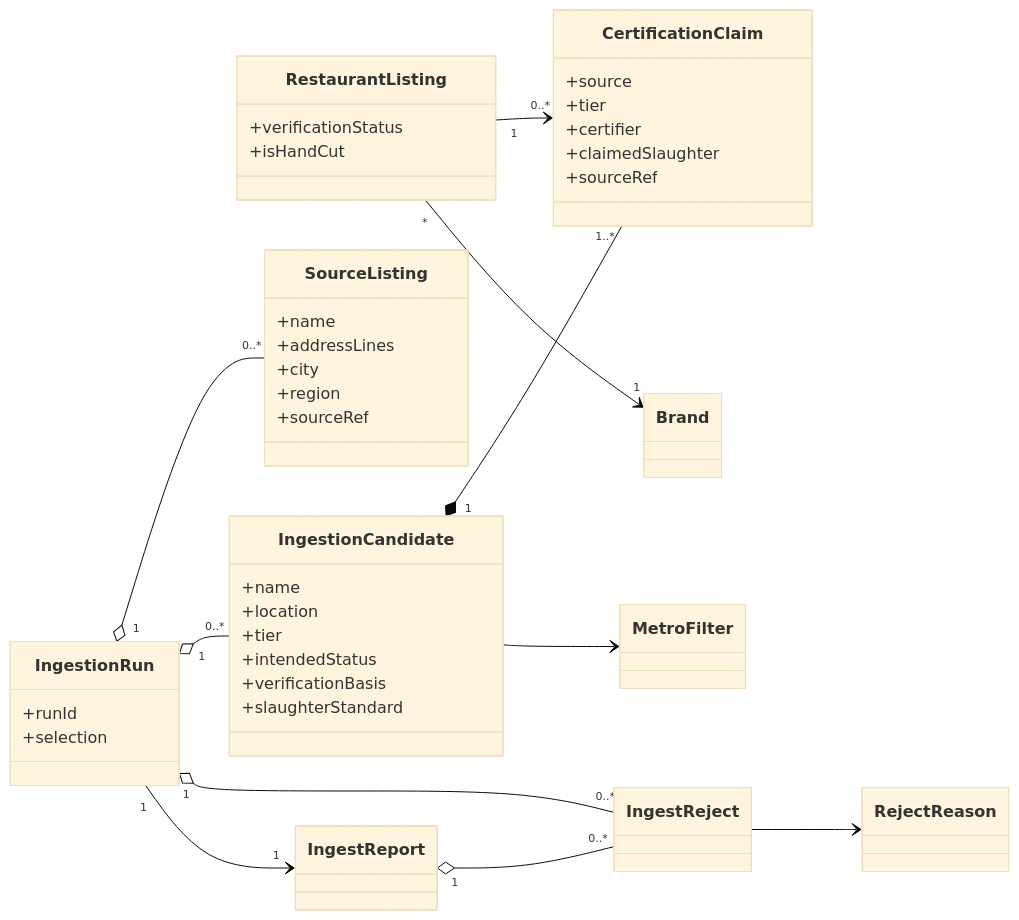
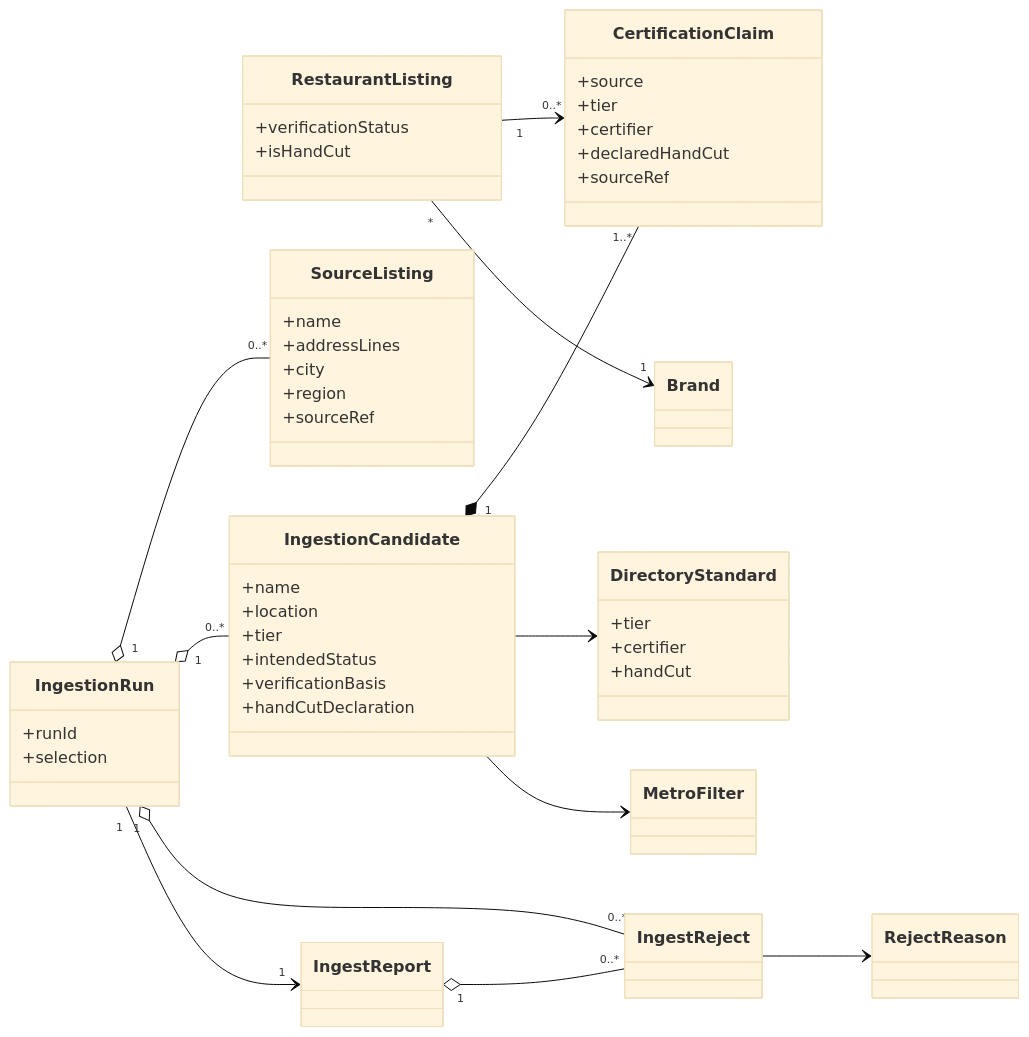
Before and after one commit to Losers-Lab/tahirs-list: the diagram in docs/features/SC-211/01-domain-model.md, drawn with Mermaid (base theme). The commit also changed other lines of this file and 16 other files, not shown here.

````diff
--- a/docs/features/SC-211/01-domain-model.md
+++ b/docs/features/SC-211/01-domain-model.md
@@ -7,48 +7,54 @@
 ```mermaid
 classDiagram
   direction LR
   class RestaurantListing {
     +verificationStatus
     +isHandCut
   }
   class CertificationClaim {
     +source
     +tier
     +certifier
-    +claimedSlaughter
+    +declaredHandCut
     +sourceRef
   }
   class IngestionRun {
     +runId
     +selection
   }
   class IngestionCandidate {
     +name
     +location
     +tier
     +intendedStatus
     +verificationBasis
-    +slaughterStandard
+    +handCutDeclaration
   }
   class SourceListing {
     +name
     +addressLines
     +city
     +region
     +sourceRef
+  }
+  class DirectoryStandard {
+    +tier
+    +certifier
+    +handCut
   }
   class IngestReject
   class IngestReport
   class MetroFilter
 
   IngestionRun "1" o-- "0..*" SourceListing
   IngestionRun "1" o-- "0..*" IngestionCandidate
   IngestionRun "1" o-- "0..*" IngestReject
   IngestionRun "1" --> "1" IngestReport
   IngestionCandidate "1" *-- "1..*" CertificationClaim
+  IngestionCandidate --> DirectoryStandard
   IngestionCandidate --> MetroFilter
   RestaurantListing "1" --> "0..*" CertificationClaim
   RestaurantListing "*" --> "1" Brand
   IngestReport "1" o-- "0..*" IngestReject
   IngestReject --> RejectReason
 ```
````
